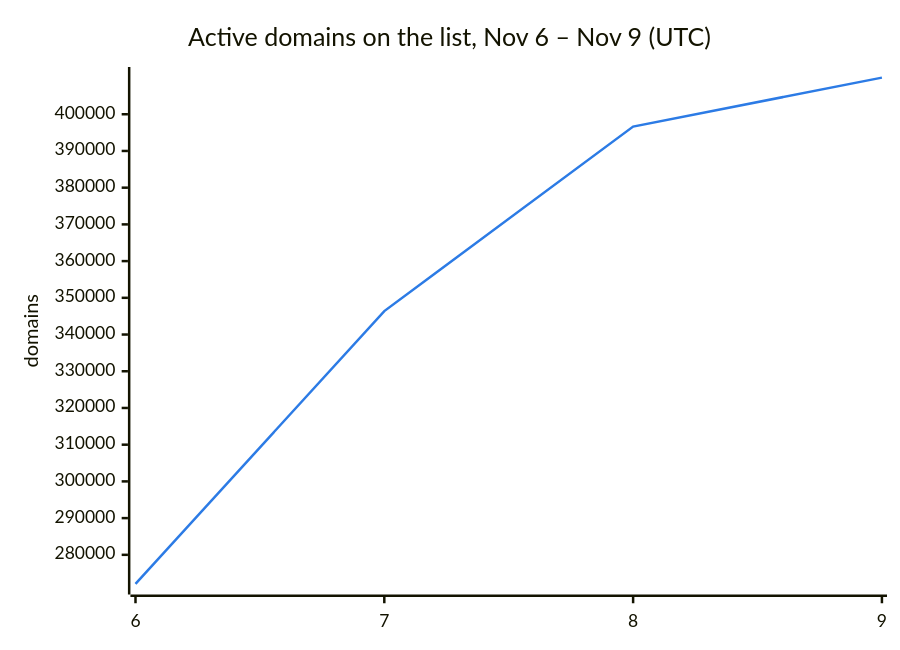
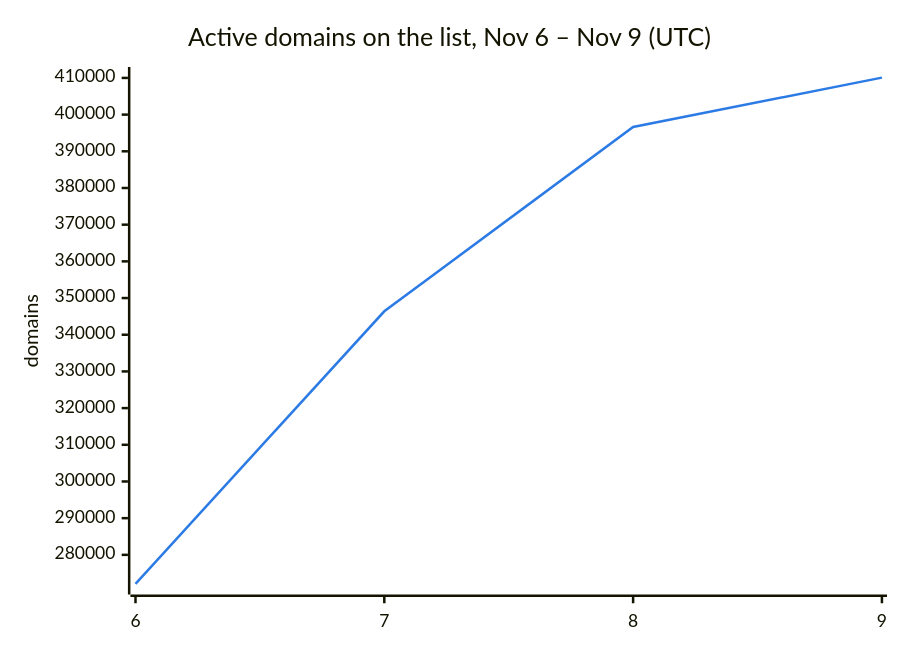
Before and after one commit to DNSBunker/CTI: the second of 3 diagrams in README.md, drawn with Mermaid. The commit also changed other lines of this file and 3 other files, not shown here.

````diff
--- a/README.md
+++ b/README.md
@@ -38,8 +38,8 @@
 ```mermaid
 %%{init: {"themeVariables": {"xyChart": {"plotColorPalette": "#2c7be5"}}}}%%
 xychart-beta
     title "Active domains on the list, Nov 6 – Nov 9 (UTC)"
     x-axis ["6", "7", "8", "9"]
     y-axis "domains"
-    line [272088, 346388, 396638, 409973]
+    line [272088, 346388, 396638, 410083]
 ```
````
